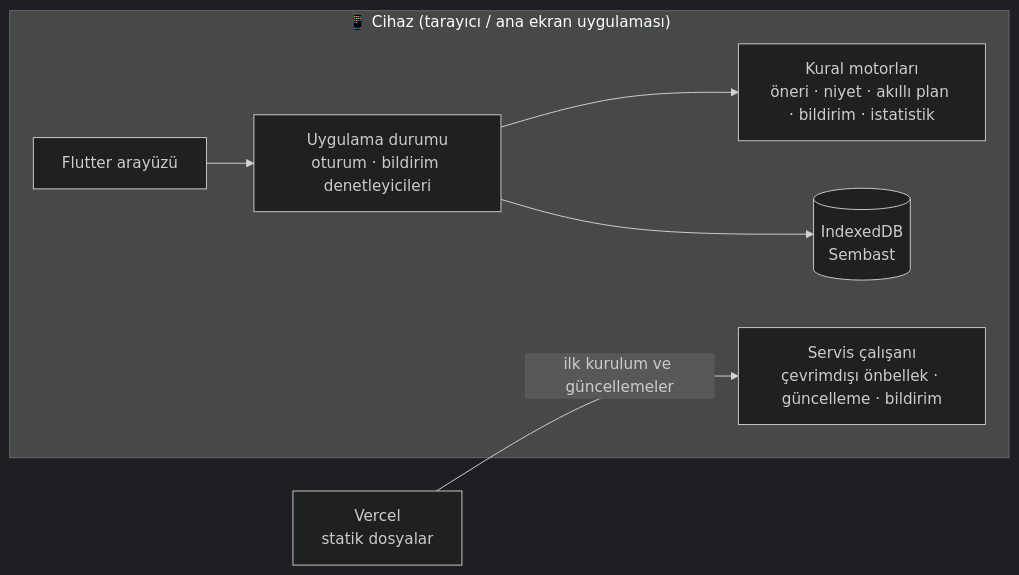
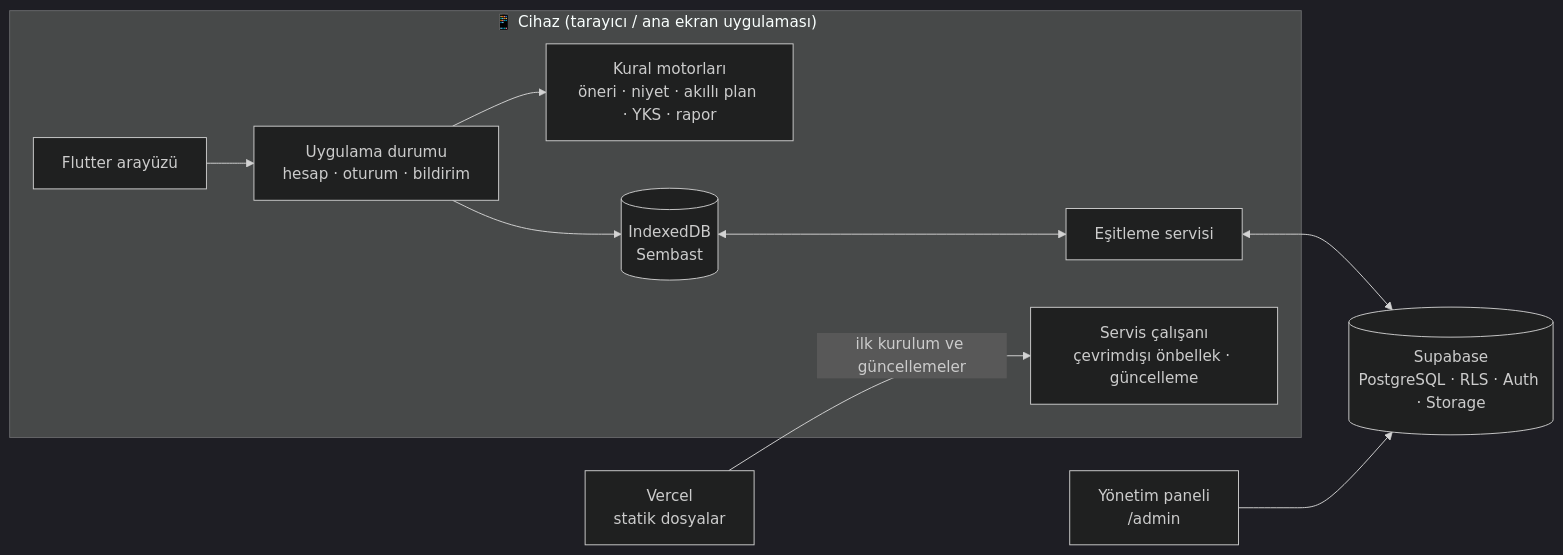
One commit to osmnnuri/dersasistanim-showcase changed the second of 2 diagrams in README.md. Above: the diagram before and after it, drawn with Mermaid (dark theme). The commit also changed other lines of this file and 16 other files, not shown here.

````diff
--- a/README.md
+++ b/README.md
@@ -138,10 +168,13 @@
 ```mermaid
 flowchart LR
     subgraph Cihaz["📱 Cihaz (tarayıcı / ana ekran uygulaması)"]
-        UI[Flutter arayüzü] --> APP[Uygulama durumu<br/>oturum · bildirim denetleyicileri]
-        APP --> ENG[Kural motorları<br/>öneri · niyet · akıllı plan · bildirim · istatistik]
+        UI[Flutter arayüzü] --> APP[Uygulama durumu<br/>hesap · oturum · bildirim]
+        APP --> ENG[Kural motorları<br/>öneri · niyet · akıllı plan · YKS · rapor]
         APP --> DB[(IndexedDB<br/>Sembast)]
-        SW[Servis çalışanı<br/>çevrimdışı önbellek · güncelleme · bildirim]
+        DB <--> SYNC[Eşitleme servisi]
+        SW[Servis çalışanı<br/>çevrimdışı önbellek · güncelleme]
     end
+    SYNC <--> SB[(Supabase<br/>PostgreSQL · RLS · Auth · Storage)]
+    ADMIN[Yönetim paneli<br/>/admin] --> SB
     CDN[Vercel<br/>statik dosyalar] -- ilk kurulum ve güncellemeler --> SW
 ```
````
